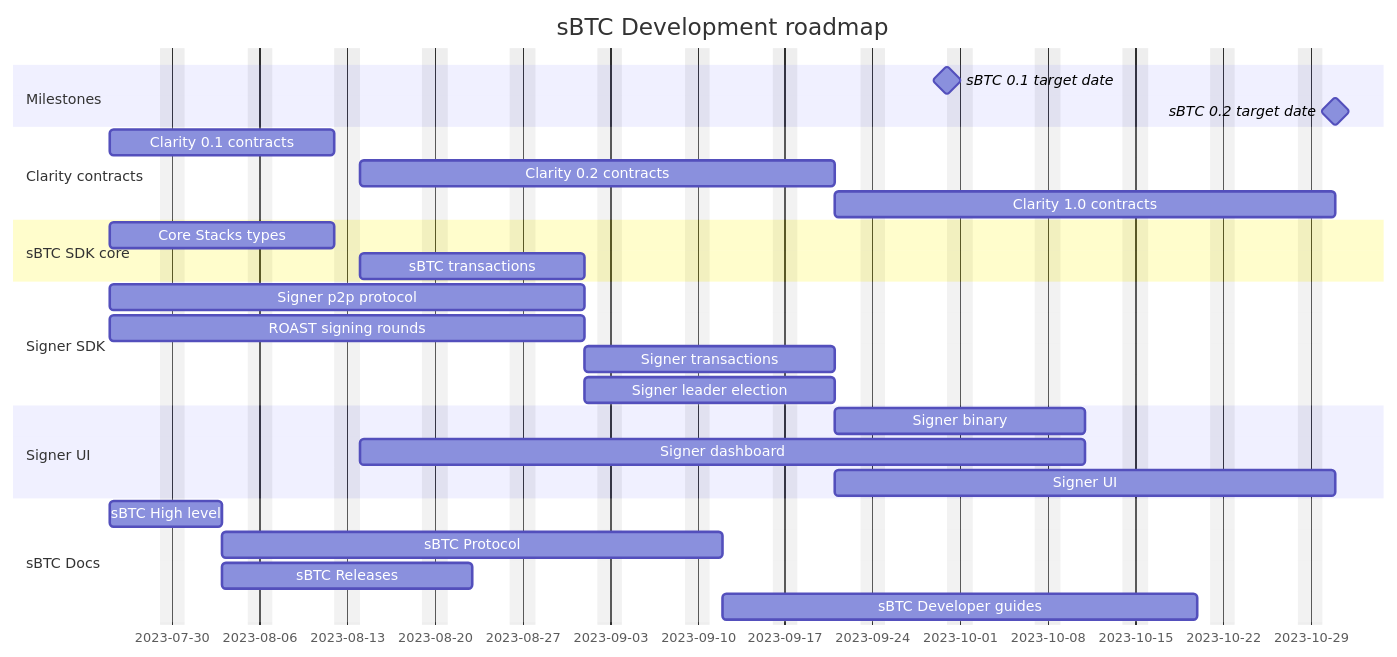
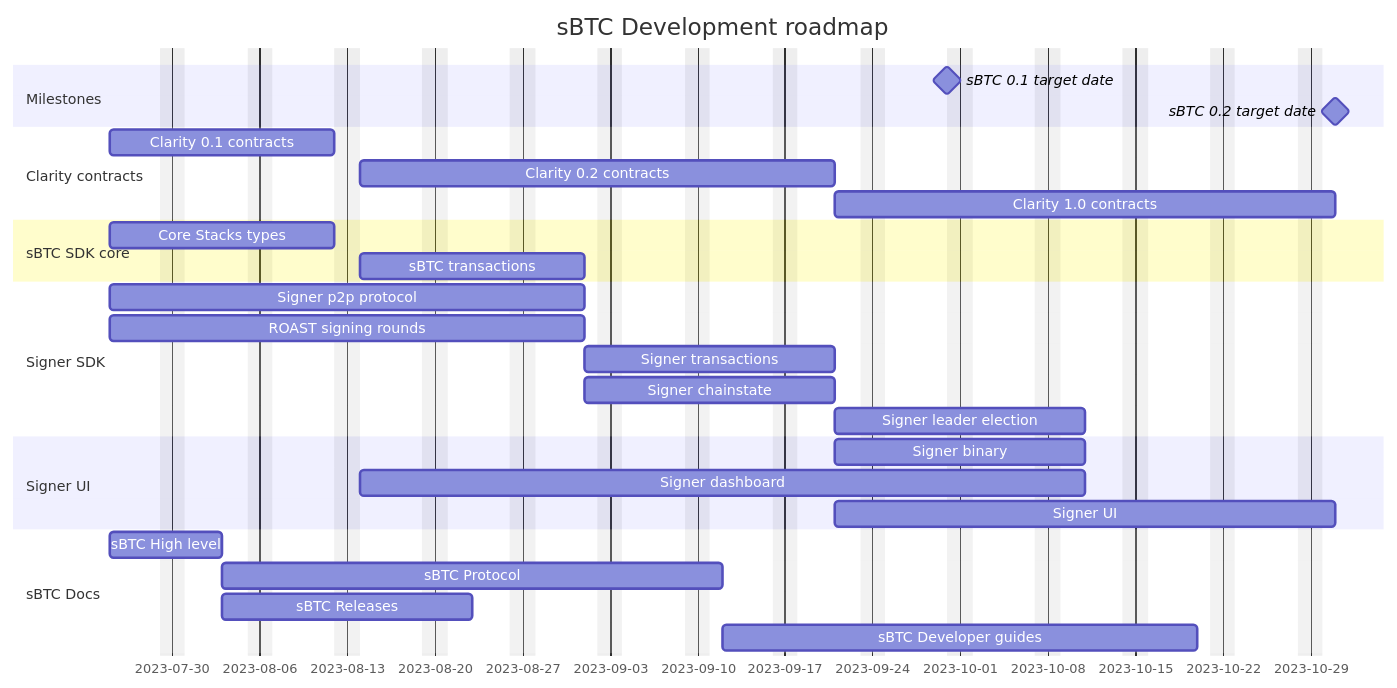
Before and after one commit to stacks-network/sbtc-docs: the diagram in src/sbtc-roadmap.md, drawn with Mermaid. The commit also changed other lines of this file, not shown here.

Commit message:
feat: Describe signer efforts

````diff
--- a/src/sbtc-roadmap.md
+++ b/src/sbtc-roadmap.md
@@ -5,38 +5,39 @@
 ```mermaid
 gantt
     dateFormat  YYYY-MM-DD
     title       sBTC Development roadmap
     excludes    weekends
     %% (`excludes` accepts specific dates in YYYY-MM-DD format, days of the week ("sunday") or "weekends", but not the word "weekdays".)
 
     section Milestones
     sBTC 0.1 target date      : milestone, 2023-09-30, 0d
     sBTC 0.2 target date      : milestone, 2023-10-31, 0d
 
     section Clarity contracts
     Clarity 0.1 contracts        : clar1, 2023-07-25, 2w
     Clarity 0.2 contracts        : clar2, after clar1, 4w
     Clarity 1.0 contracts        : clar3, after clar2, 4w
 
     section sBTC SDK core
     Core Stacks types              : sdk1, 2023-07-25, 2w
     sBTC transactions              : sdk2, after sdk1, 2w
 
     section Signer SDK
     Signer p2p protocol     : sign1, 2023-07-25, 4w
     ROAST signing rounds    : sign2, 2023-07-25, 4w
     Signer transactions     : sign3, after sdk2, 2w
-    Signer leader election  : sign4, after sign1, 2w
+    Signer chainstate       : sign4, after sign1, 2w
+    Signer leader election  : sign5, after sign4, 2w
 
     section Signer UI
     Signer binary            : sign5, after sign3, 2w
     Signer dashboard         : sign6, after clar1, 6w
     Signer UI                : sign7, after sign3, 4w
 
     section sBTC Docs
     sBTC High level            : doc1, 2023-07-25, 1w
     sBTC Protocol              : doc2, after doc1, 4w
     sBTC Releases              : doc3, after doc1, 2w
     sBTC Developer guides      : doc3, after doc2, 4w
   
 ```
````
